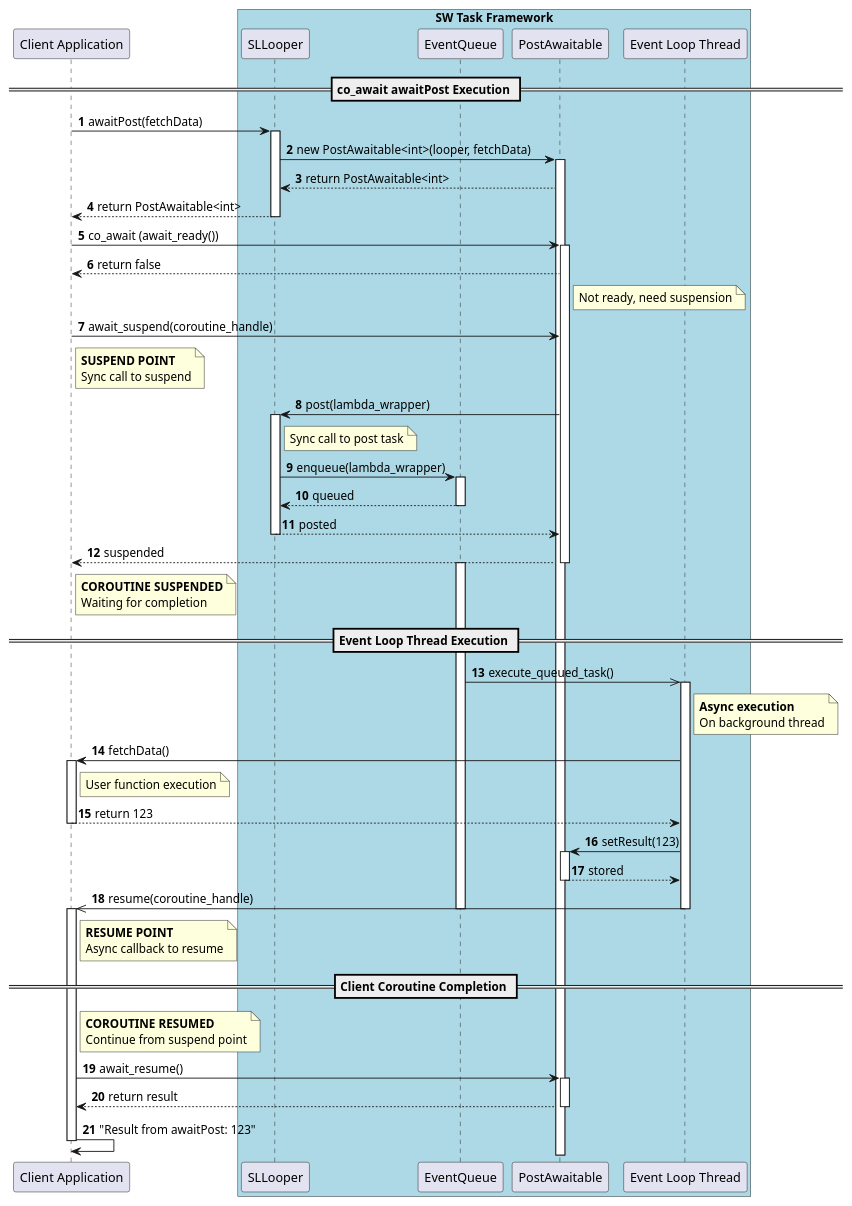
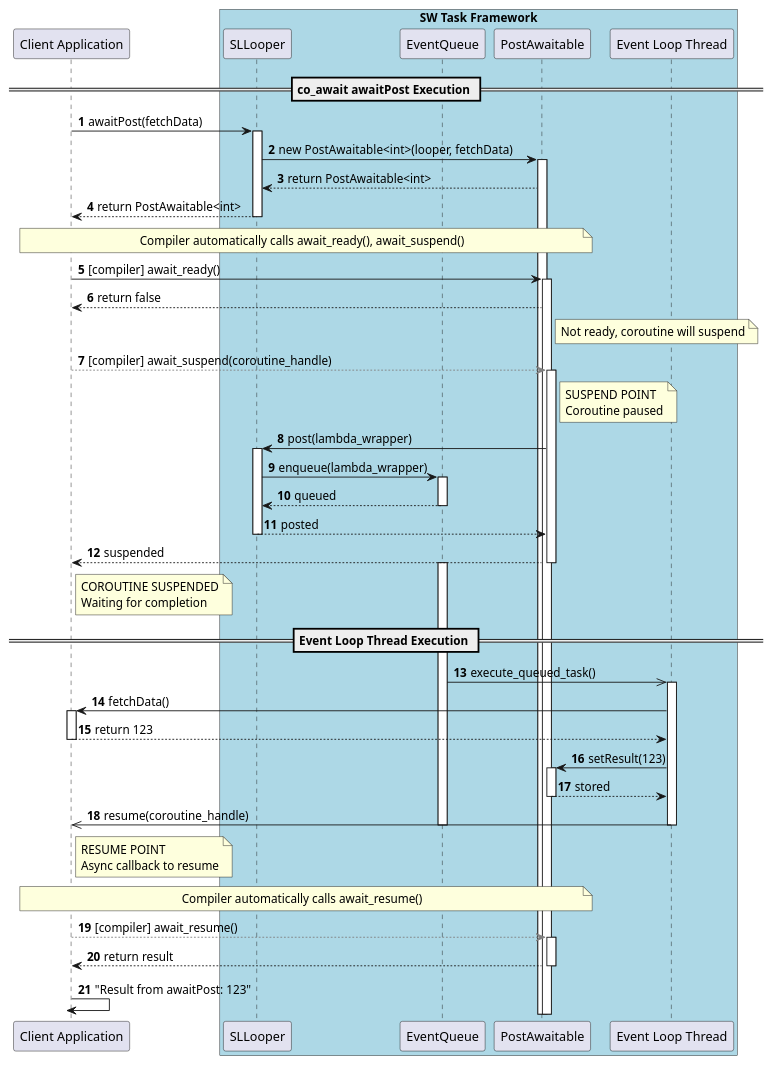
Before and after one commit to taikt/sw_task: the sixth of 7 diagrams in doc/design/sw_task/performance_b.puml, drawn with PlantUML. The commit also changed other lines of this file and 14 other files, not shown here.

```diff
--- a/doc/design/sw_task/performance_b.puml
+++ b/doc/design/sw_task/performance_b.puml
@@ -280,85 +280,82 @@
 @startuml
 'title "SW Task Framework - co_await Execution Flow (coawait_simple.cpp)"
 
 autonumber
 
 participant "Client Application" as Client
 
 box "SW Task Framework" #LightBlue
     participant "SLLooper" as Looper
     participant "EventQueue" as MQ
     participant "PostAwaitable" as Awaitable
     participant "Event Loop Thread" as EventThread
 end box
 
 == co_await awaitPost Execution ==
 Client -> Looper : awaitPost(fetchData)
 activate Looper
 
 Looper -> Awaitable : new PostAwaitable<int>(looper, fetchData)
 activate Awaitable
 Awaitable --> Looper : return PostAwaitable<int>
 
 Looper --> Client : return PostAwaitable<int>
 deactivate Looper
-
-Client -> Awaitable : co_await (await_ready())
+note over Client, Awaitable : Compiler automatically calls await_ready(), await_suspend()
+' Compiler invokes coroutine protocol
+Client -> Awaitable : [compiler] await_ready()
 activate Awaitable
 Awaitable --> Client : return false
-note right of Awaitable : Not ready, need suspension
+note right of Awaitable : Not ready, coroutine will suspend
 
-Client -> Awaitable : await_suspend(coroutine_handle)
-note right of Client : **SUSPEND POINT**\nSync call to suspend
+
+Client -[#gray,dashed]> Awaitable : [compiler] await_suspend(coroutine_handle)
+activate Awaitable
+note right of Awaitable : SUSPEND POINT\nCoroutine paused
 
 Awaitable -> Looper : post(lambda_wrapper)
 activate Looper
-note right of Looper : Sync call to post task
 
 Looper -> MQ : enqueue(lambda_wrapper)
 activate MQ
 MQ --> Looper : queued
 deactivate MQ
 
 Looper --> Awaitable : posted
 deactivate Looper
 
 Awaitable --> Client : suspended
 deactivate Awaitable
-note right of Client : **COROUTINE SUSPENDED**\nWaiting for completion
+note right of Client : COROUTINE SUSPENDED\nWaiting for completion
 
 == Event Loop Thread Execution ==
 activate MQ
 MQ ->> EventThread : execute_queued_task()
 activate EventThread
-note right of EventThread : **Async execution**\nOn background thread
 
 EventThread -> Client : fetchData()
 activate Client
-note right of Client : User function execution
-
 Client --> EventThread : return 123
 deactivate Client
 
 EventThread -> Awaitable : setResult(123)
 activate Awaitable
 Awaitable --> EventThread : stored
 deactivate Awaitable
 
 EventThread ->> Client : resume(coroutine_handle)
-note right of Client : **RESUME POINT**\nAsync callback to resume
+note right of Client : RESUME POINT\nAsync callback to resume
 deactivate EventThread
 deactivate MQ
 
-== Client Coroutine Completion ==
-activate Client
-note right of Client : **COROUTINE RESUMED**\nContinue from suspend point
+note over Client, Awaitable : Compiler automatically calls await_resume()
 
-Client -> Awaitable : await_resume()
+Client -[#gray,dashed]> Awaitable : [compiler] await_resume()
 activate Awaitable
 Awaitable --> Client : return result
 deactivate Awaitable
 
 Client -> Client : "Result from awaitPost: 123"
 deactivate Client
 
 @enduml
```
